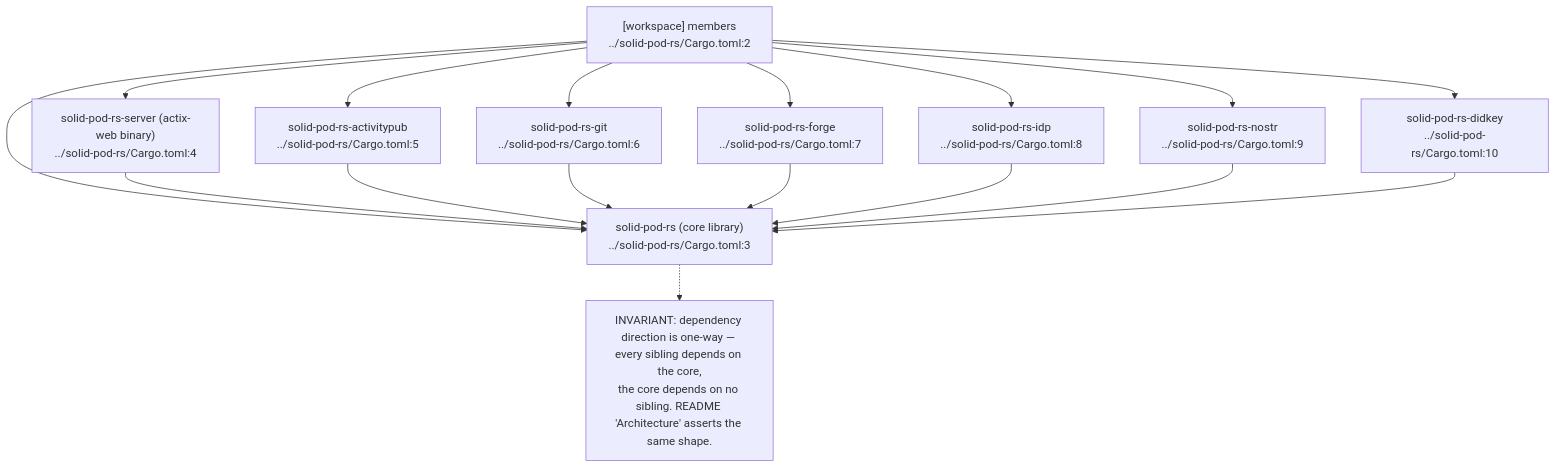
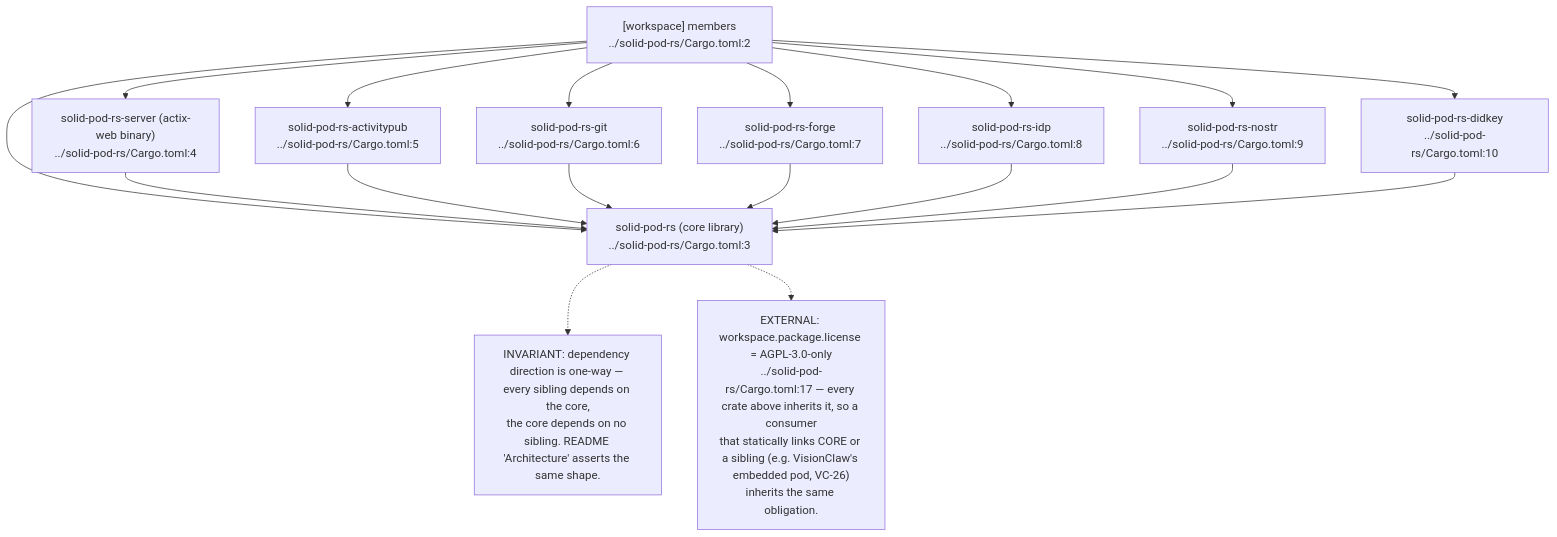
The first of 12 diagrams in docs/diagrams/solid-pod-rs/01-workspace-composition.md (DreamLab-AI/VisionFlow), drawn with Mermaid before and after one commit. The commit also changed other lines of this file and 136 other files, not shown here.

First line of the commit message:
docs(diagrams): refresh the whole corpus to code HEAD and prune low-value diagrams

````diff
--- a/docs/diagrams/solid-pod-rs/01-workspace-composition.md
+++ b/docs/diagrams/solid-pod-rs/01-workspace-composition.md
@@ -33,32 +33,35 @@
 ```mermaid
 flowchart TD
     WS["[workspace] members<br/>../solid-pod-rs/Cargo.toml:2"]
     CORE["solid-pod-rs (core library)<br/>../solid-pod-rs/Cargo.toml:3"]
     SRV["solid-pod-rs-server (actix-web binary)<br/>../solid-pod-rs/Cargo.toml:4"]
     AP["solid-pod-rs-activitypub<br/>../solid-pod-rs/Cargo.toml:5"]
     GIT["solid-pod-rs-git<br/>../solid-pod-rs/Cargo.toml:6"]
     FORGE["solid-pod-rs-forge<br/>../solid-pod-rs/Cargo.toml:7"]
     IDP["solid-pod-rs-idp<br/>../solid-pod-rs/Cargo.toml:8"]
     NOSTR["solid-pod-rs-nostr<br/>../solid-pod-rs/Cargo.toml:9"]
     DIDKEY["solid-pod-rs-didkey<br/>../solid-pod-rs/Cargo.toml:10"]
 
     WS --> CORE
     WS --> SRV
     WS --> AP
     WS --> GIT
     WS --> FORGE
     WS --> IDP
     WS --> NOSTR
     WS --> DIDKEY
 
     SRV --> CORE
     AP --> CORE
     GIT --> CORE
     FORGE --> CORE
     IDP --> CORE
     NOSTR --> CORE
     DIDKEY --> CORE
 
     N1["INVARIANT: dependency direction is one-way — every sibling depends on the core,<br/>the core depends on no sibling. README 'Architecture' asserts the same shape."]
     CORE -.-> N1
+
+    N2["EXTERNAL: workspace.package.license = AGPL-3.0-only<br/>../solid-pod-rs/Cargo.toml:17 — every crate above inherits it, so a consumer<br/>that statically links CORE or a sibling (e.g. VisionClaw's embedded pod, VC-26)<br/>inherits the same obligation."]
+    CORE -.-> N2
 ```
````
